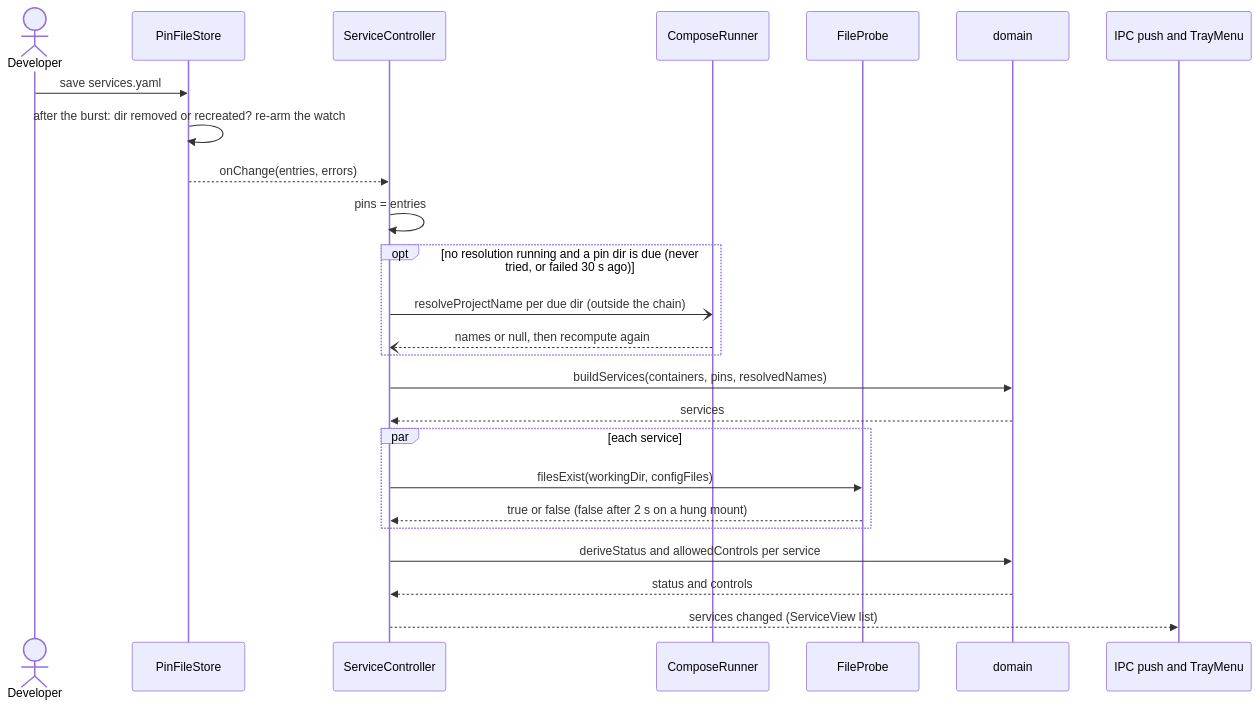
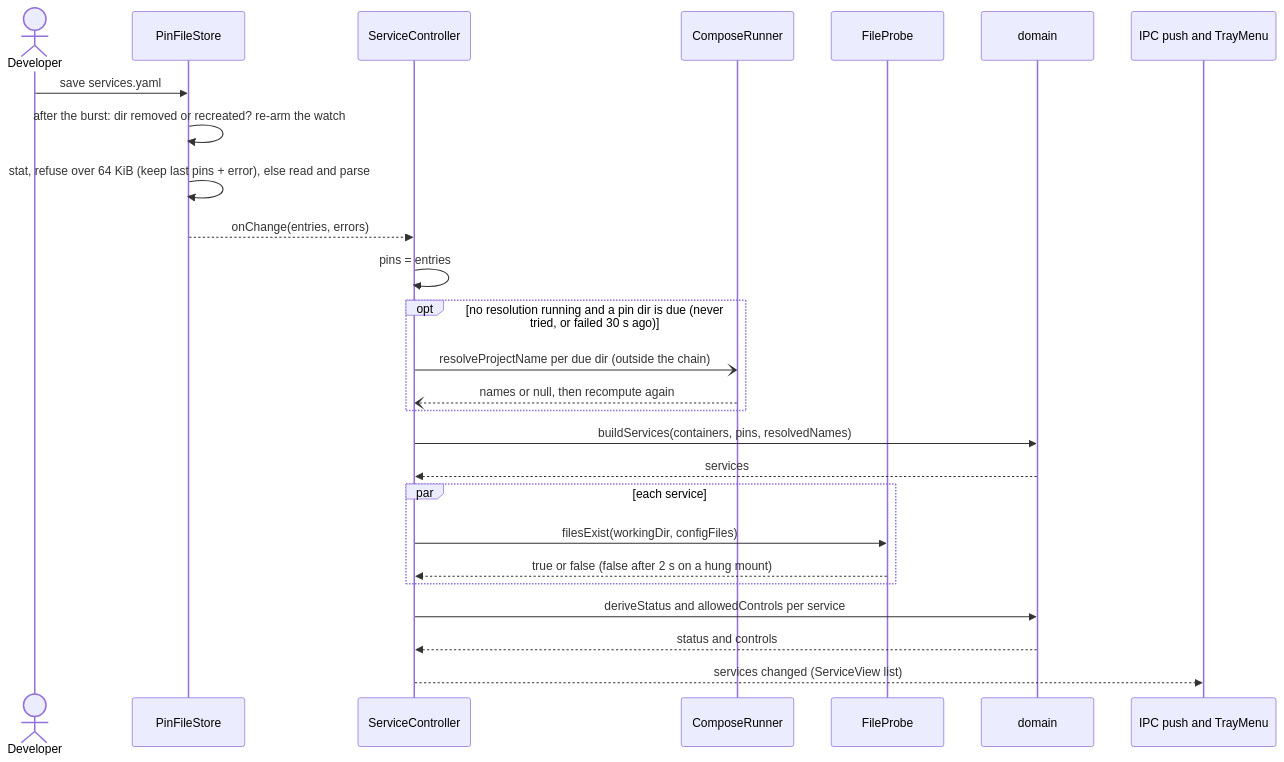
One commit to benoit-bremaud/dock-n-roll changed the diagram in docs/architecture/diagrams/launcher/08-sequence-pin-file-change.md. Above: the diagram before and after it, drawn with Mermaid. The commit also changed 3 other files, not shown here.

Commit message:
fix(pins): refuse a pin file over 64 KiB before reading it

````diff
--- a/docs/architecture/diagrams/launcher/08-sequence-pin-file-change.md
+++ b/docs/architecture/diagrams/launcher/08-sequence-pin-file-change.md
@@ -14,28 +14,29 @@
 ```mermaid
 sequenceDiagram
   actor Dev as Developer
   participant PF as PinFileStore
   participant SC as ServiceController
   participant CR as ComposeRunner
   participant FP as FileProbe
   participant D as domain
   participant Out as IPC push and TrayMenu
 
   Dev->>PF: save services.yaml
   PF->>PF: after the burst: dir removed or recreated? re-arm the watch
+  PF->>PF: stat, refuse over 64 KiB (keep last pins + error), else read and parse
   PF-->>SC: onChange(entries, errors)
   SC->>SC: pins = entries
   opt no resolution running and a pin dir is due (never tried, or failed 30 s ago)
     SC-)CR: resolveProjectName per due dir (outside the chain)
     CR--)SC: names or null, then recompute again
   end
   SC->>D: buildServices(containers, pins, resolvedNames)
   D-->>SC: services
   par each service
     SC->>FP: filesExist(workingDir, configFiles)
     FP-->>SC: true or false (false after 2 s on a hung mount)
   end
   SC->>D: deriveStatus and allowedControls per service
   D-->>SC: status and controls
   SC-->>Out: services changed (ServiceView list)
 ```
````
